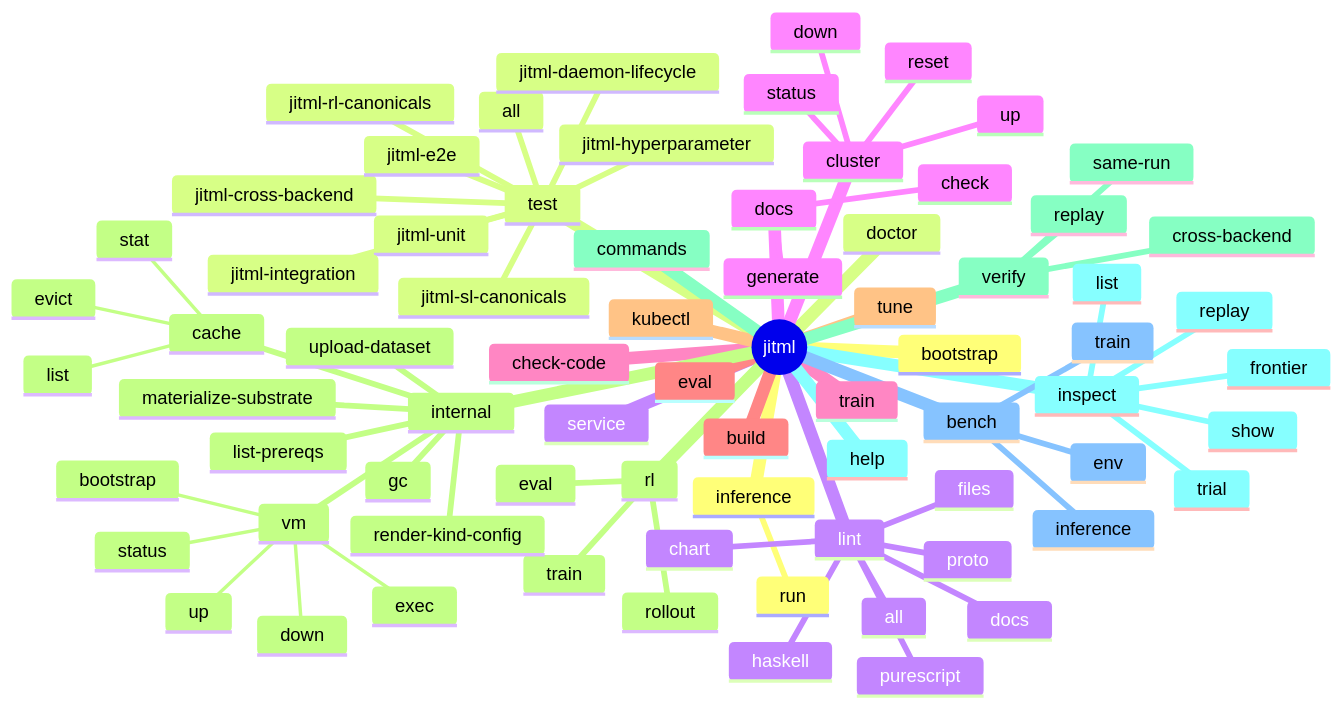
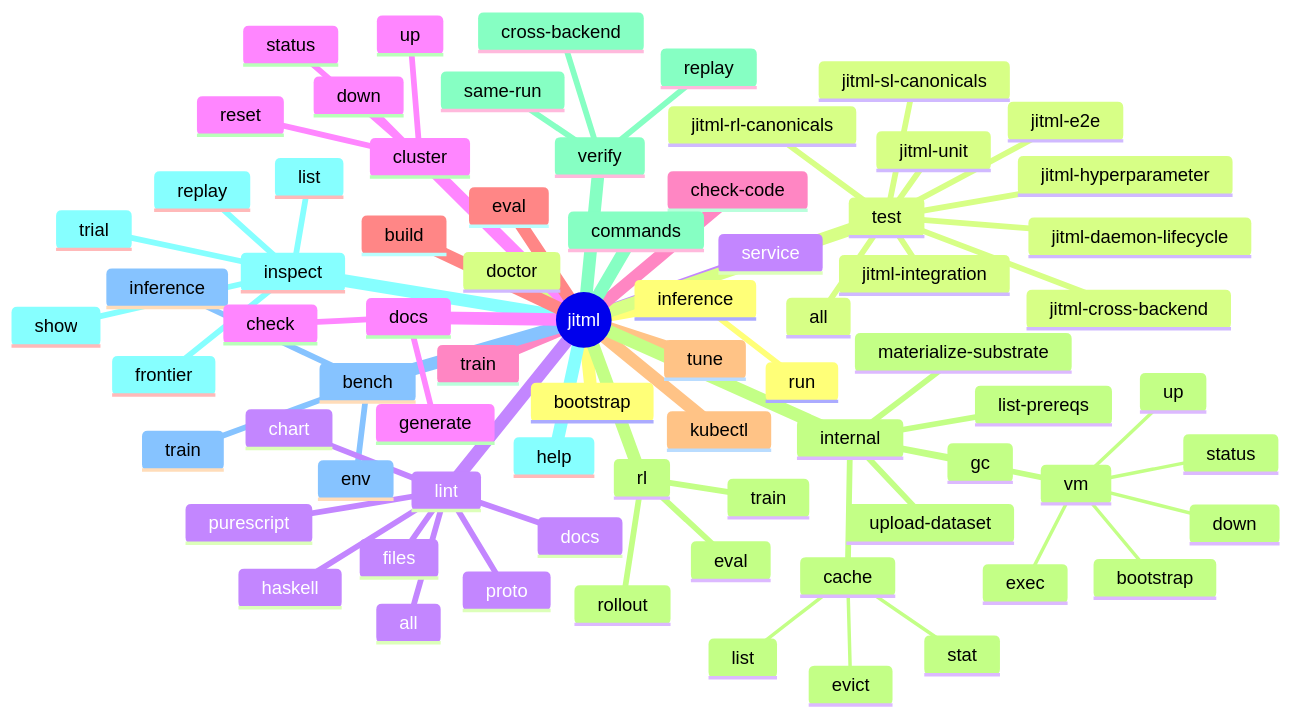
Before and after one commit to Tuee22/jitML: the first of 4 diagrams in README.md, drawn with Mermaid. The commit also changed other lines of this file and 50 other files, not shown here.

````diff
--- a/README.md
+++ b/README.md
@@ -664,77 +664,76 @@
 ```mermaid
 mindmap
   root((jitml))
     bootstrap
     doctor
     service
     cluster
       up
       down
       status
       reset
     train
     eval
     tune
     rl
       train
       eval
       rollout
     verify
       same-run
       cross-backend
       replay
     inspect
       list
       show
       replay
       trial
       frontier
     bench
       train
       inference
       env
     inference
       run
     test
       all
       jitml-unit
       jitml-integration
       jitml-sl-canonicals
       jitml-rl-canonicals
       jitml-hyperparameter
       jitml-cross-backend
       jitml-daemon-lifecycle
       jitml-e2e
     lint
       files
       docs
       proto
       chart
       haskell
       purescript
       all
     docs
       check
       generate
     check-code
     build
     kubectl
     internal
       materialize-substrate
-      render-kind-config
       list-prereqs
       upload-dataset
       gc
       vm
         bootstrap
         up
         down
         status
         exec
       cache
         stat
         list
         evict
     commands
     help
 ```
````
